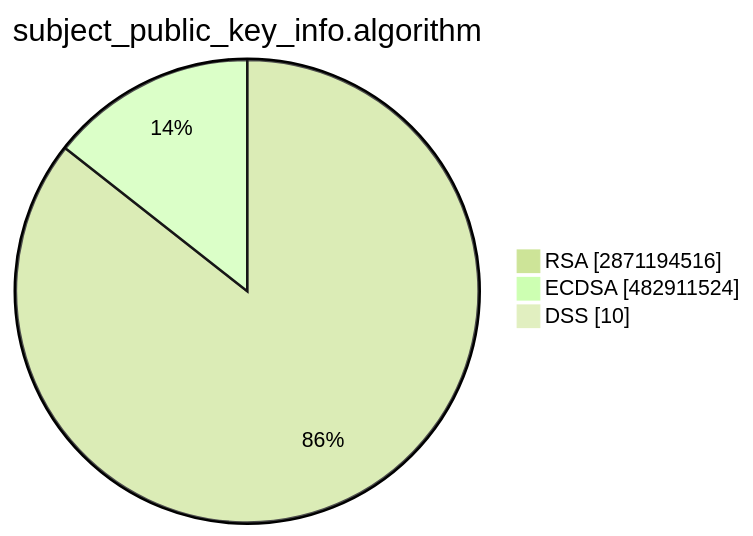
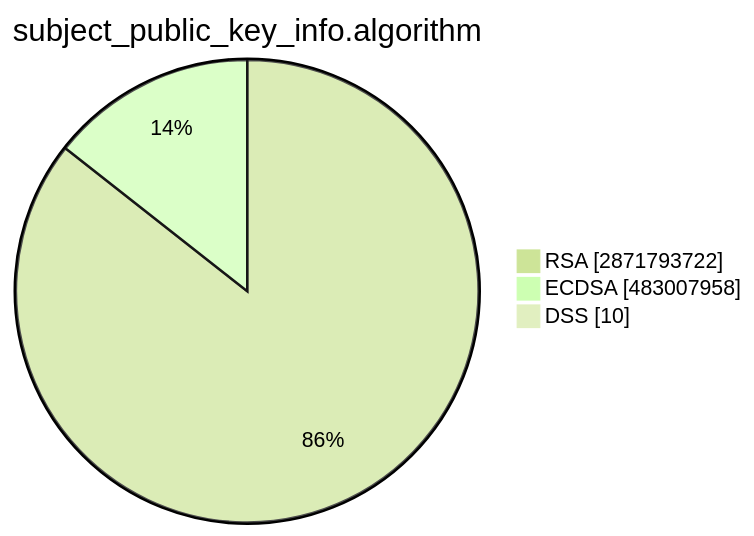
The second of 15 diagrams in TOTAL/README.md (christiankrug/ctmonitor_visualization), drawn with Mermaid (forest theme) before and after one commit. The commit also changed other lines of this file, not shown here.

````diff
--- a/TOTAL/README.md
+++ b/TOTAL/README.md
@@ -6,7 +6,7 @@
 ```mermaid
 pie showData
 title subject_public_key_info.algorithm
-"RSA" :2871194516
-"ECDSA" :482911524
+"RSA" :2871793722
+"ECDSA" :483007958
 "DSS" :10
 ```
````
